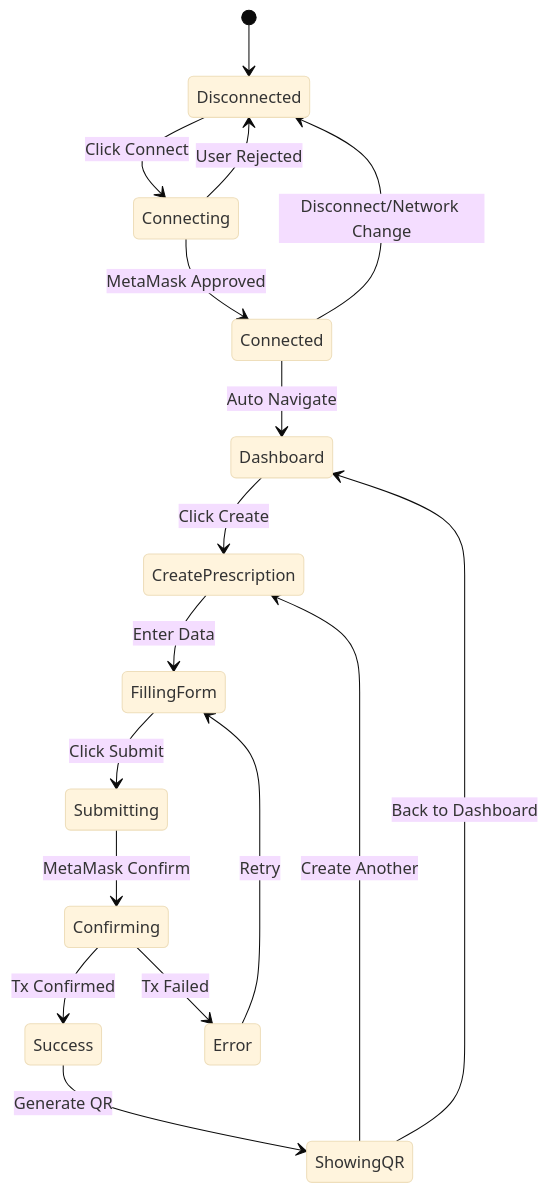
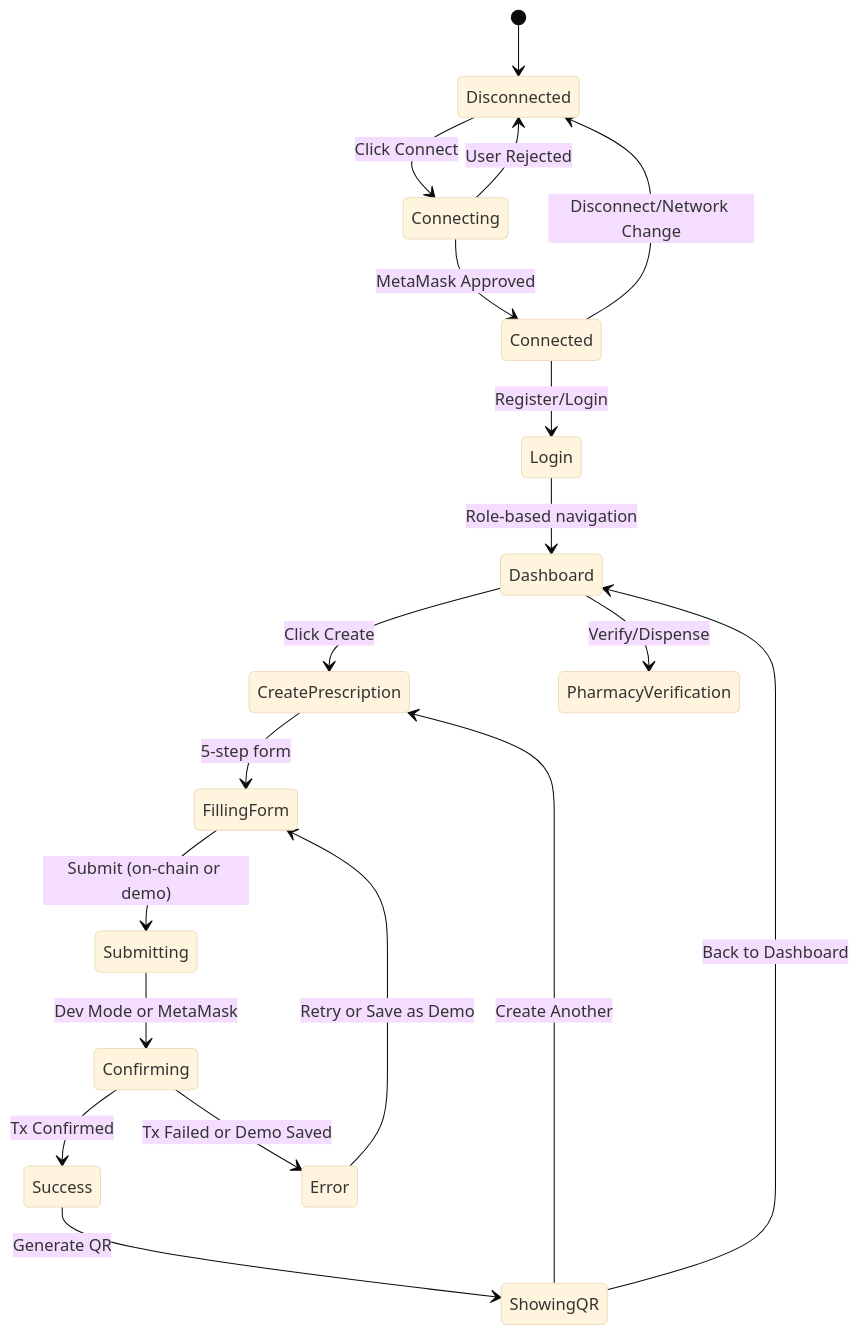
The eighth of 12 diagrams in ARCHITECTURE.md (Taibur-Rahaman/blockmed-v1.2), drawn with Mermaid (base theme) before and after one commit. The commit also changed other lines of this file and 1 other file, not shown here.

First line of the commit message:
docs: update PROJECT_SUMMARY and ARCHITECTURE with current V1.2 structure

````diff
--- a/ARCHITECTURE.md
+++ b/ARCHITECTURE.md
@@ -273,24 +307,26 @@
 ```mermaid
 stateDiagram-v2
     [*] --> Disconnected
     Disconnected --> Connecting: Click Connect
     Connecting --> Connected: MetaMask Approved
     Connecting --> Disconnected: User Rejected
     
-    Connected --> Dashboard: Auto Navigate
+    Connected --> Login: Register/Login
+    Login --> Dashboard: Role-based navigation
     Dashboard --> CreatePrescription: Click Create
+    Dashboard --> PharmacyVerification: Verify/Dispense
     
-    CreatePrescription --> FillingForm: Enter Data
-    FillingForm --> Submitting: Click Submit
-    Submitting --> Confirming: MetaMask Confirm
+    CreatePrescription --> FillingForm: 5-step form
+    FillingForm --> Submitting: Submit (on-chain or demo)
+    Submitting --> Confirming: Dev Mode or MetaMask
     Confirming --> Success: Tx Confirmed
-    Confirming --> Error: Tx Failed
+    Confirming --> Error: Tx Failed or Demo Saved
     
     Success --> ShowingQR: Generate QR
     ShowingQR --> CreatePrescription: Create Another
     ShowingQR --> Dashboard: Back to Dashboard
     
-    Error --> FillingForm: Retry
+    Error --> FillingForm: Retry or Save as Demo
     
     Connected --> Disconnected: Disconnect/Network Change
 ```
````
